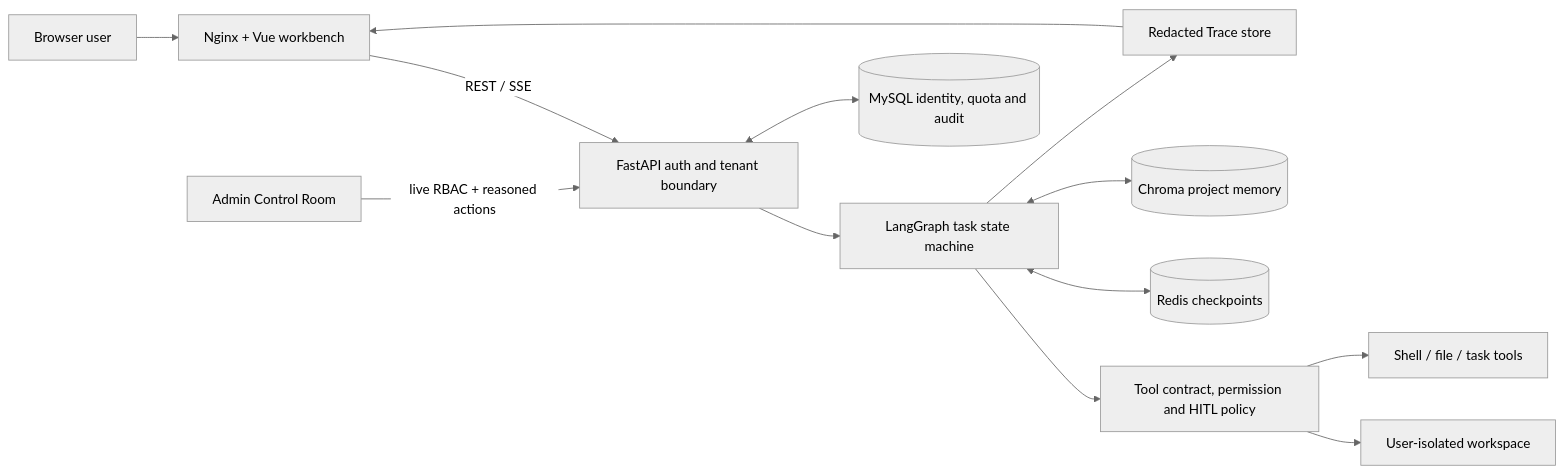
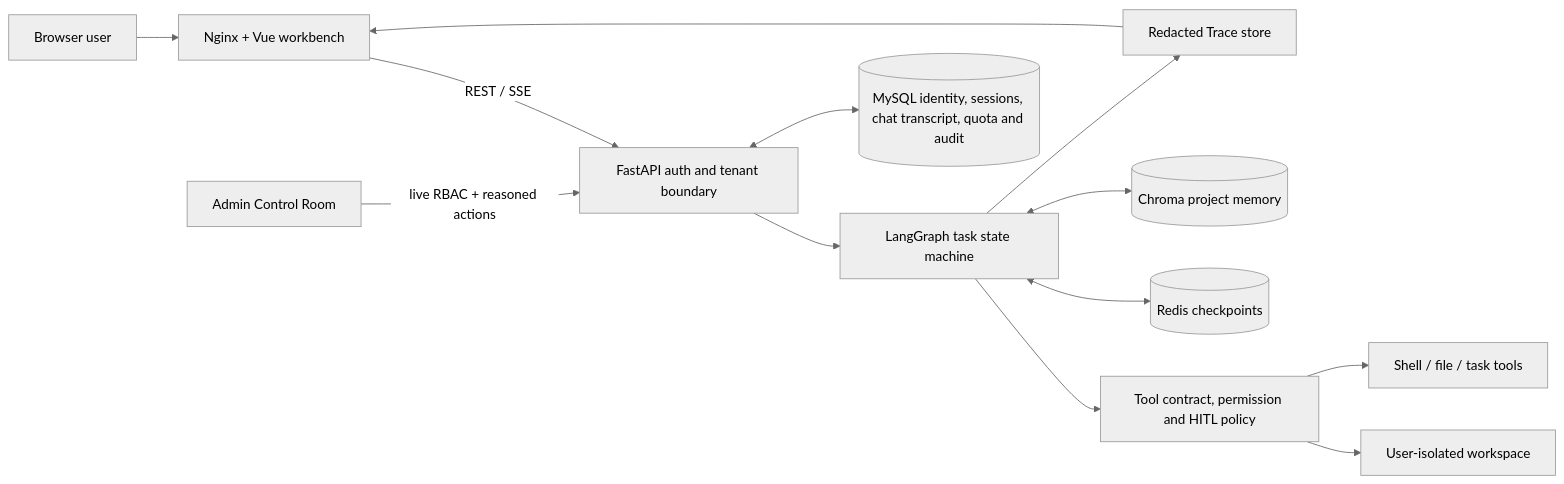
Before and after one commit to Gxh-aviliable/enterprise-controlled-coding-agent: the diagram in README.md, drawn with Mermaid (neutral theme). The commit also changed other lines of this file and 35 other files, not shown here.

````diff
--- a/README.md
+++ b/README.md
@@ -137,15 +142,15 @@
 ```mermaid
 flowchart LR
     U["Browser user"] --> N["Nginx + Vue workbench"]
     N -->|"REST / SSE"| API["FastAPI auth and tenant boundary"]
     API --> G["LangGraph task state machine"]
     G --> P["Tool contract, permission and HITL policy"]
     P --> W["User-isolated workspace"]
     P --> S["Shell / file / task tools"]
     G <--> R[("Redis checkpoints")]
-    API <--> M[("MySQL identity, quota and audit")]
+    API <--> M[("MySQL identity, sessions, chat transcript, quota and audit")]
     A["Admin Control Room"] -->|"live RBAC + reasoned actions"| API
     G <--> C[("Chroma project memory")]
     G --> T["Redacted Trace store"]
     T --> N
 ```
````
